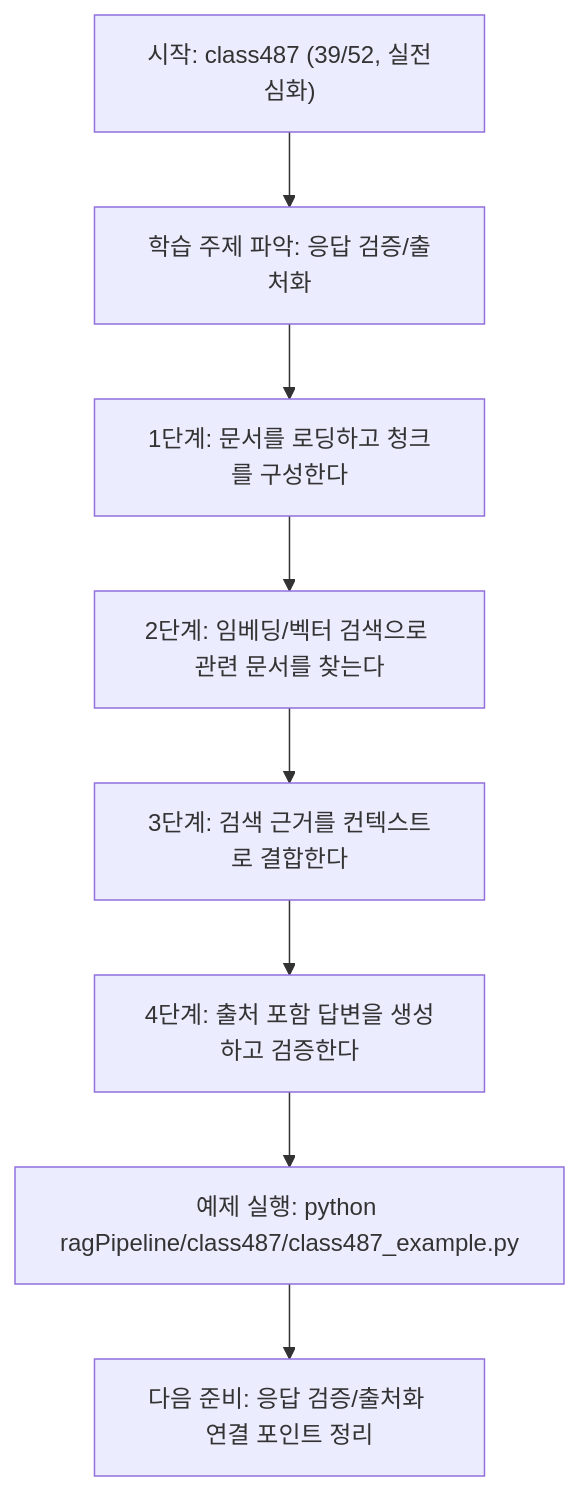
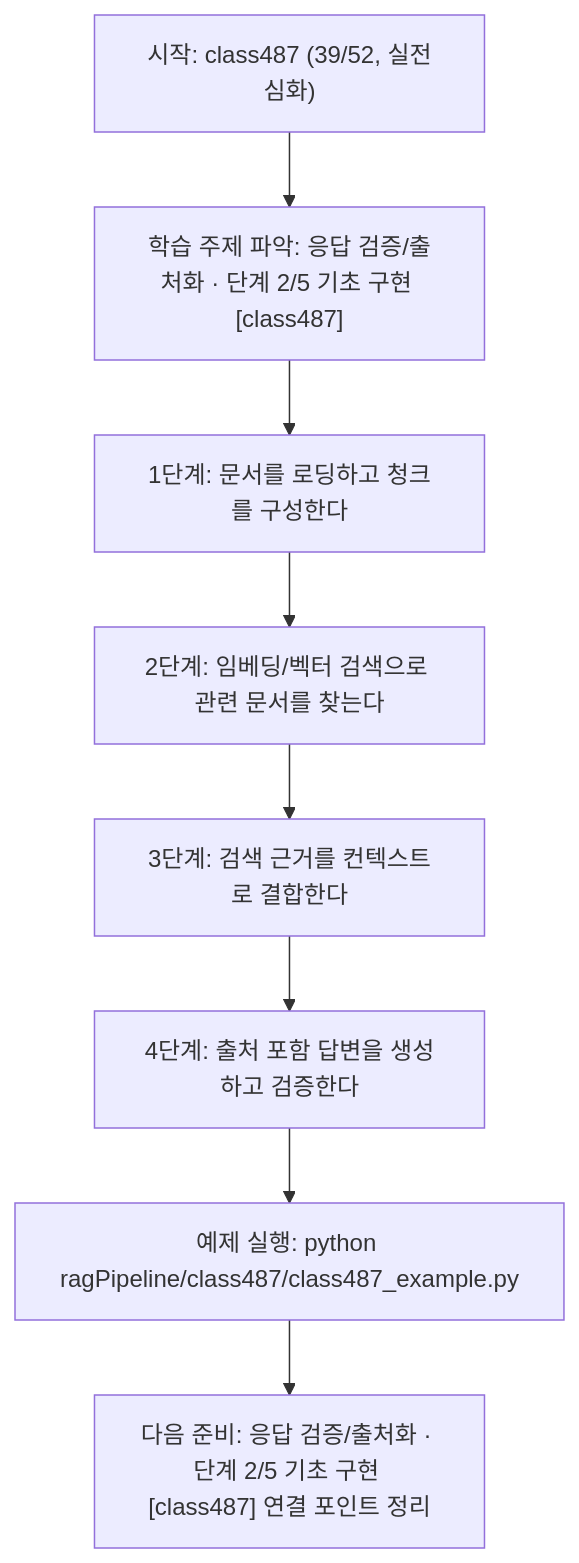
The diagram in ragPipeline/class487/class487.md (edumgt/Python-AI_Agent-Class), drawn with Mermaid before and after one commit. The commit also changed other lines of this file and 522 other files, not shown here.

````diff
--- a/ragPipeline/class487/class487.md
+++ b/ragPipeline/class487/class487.md
@@ -110,18 +111,18 @@
 ```mermaid
 flowchart TD
 N1["시작: class487 (39/52, 실전심화)"]
-N2["학습 주제 파악: 응답 검증/출처화"]
+N2["학습 주제 파악: 응답 검증/출처화 · 단계 2/5 기초 구현 [class487]"]
 N3["1단계: 문서를 로딩하고 청크를 구성한다"]
 N4["2단계: 임베딩/벡터 검색으로 관련 문서를 찾는다"]
 N5["3단계: 검색 근거를 컨텍스트로 결합한다"]
 N6["4단계: 출처 포함 답변을 생성하고 검증한다"]
 N7["예제 실행: python ragPipeline/class487/class487_example.py"]
-N8["다음 준비: 응답 검증/출처화 연결 포인트 정리"]
+N8["다음 준비: 응답 검증/출처화 · 단계 2/5 기초 구현 [class487] 연결 포인트 정리"]
 N1 --> N2
 N2 --> N3
 N3 --> N4
 N4 --> N5
 N5 --> N6
 N6 --> N7
 N7 --> N8
 ```
````
